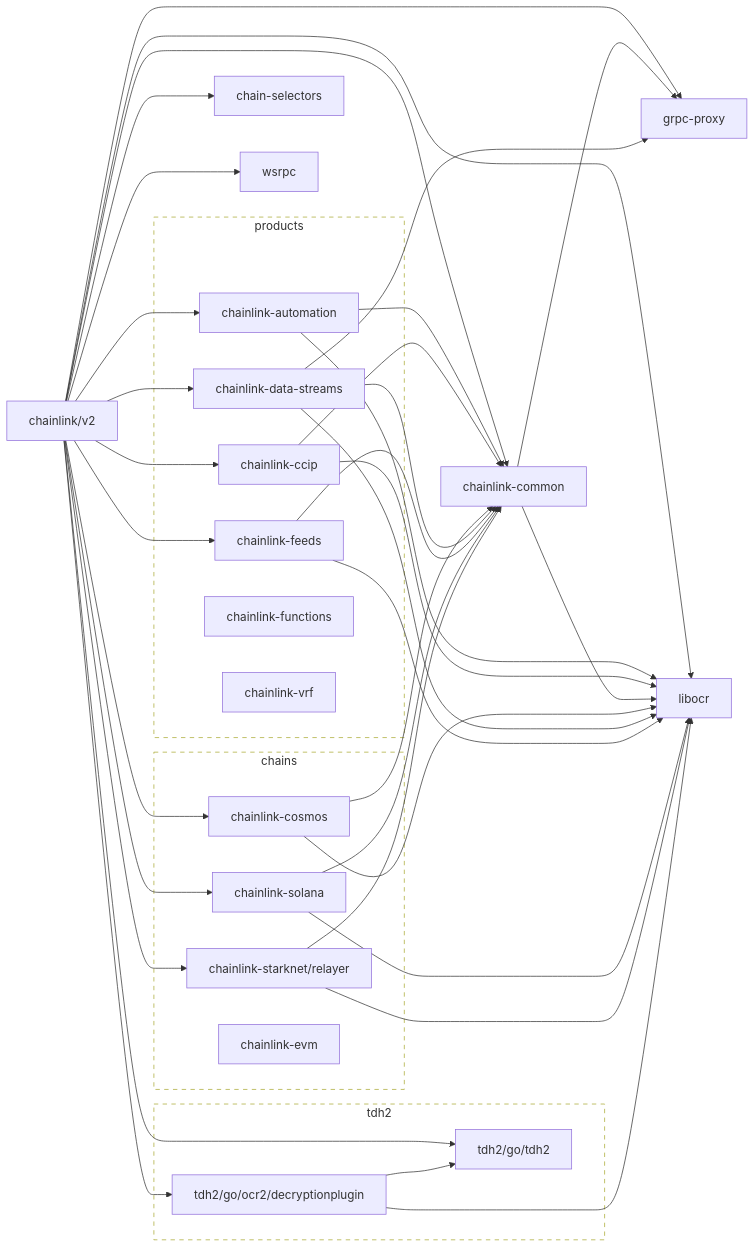
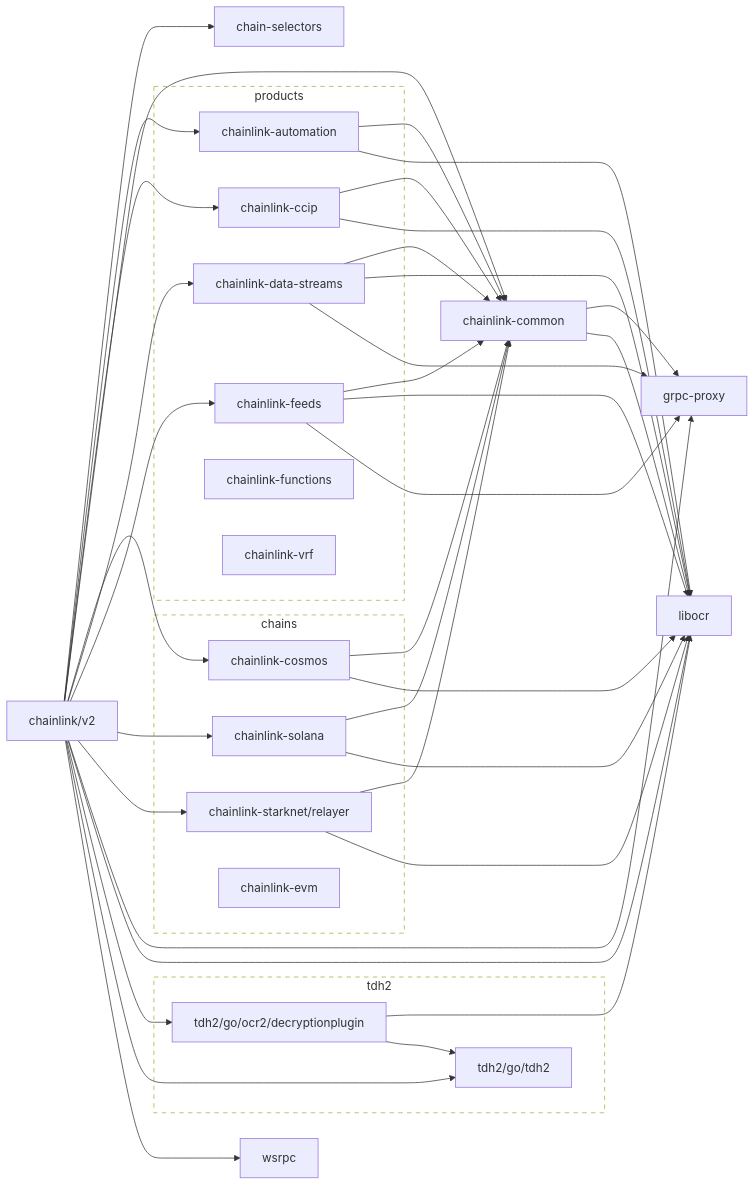
The diagram in go.md (smartcontractkit/chainlink), drawn with Mermaid before and after one commit. The commit also changed 31 other files, not shown here.

````diff
--- a/go.md
+++ b/go.md
@@ -2,74 +2,75 @@
 ```mermaid
 flowchart LR
   subgraph chains
     chainlink-cosmos
     chainlink-solana
     chainlink-starknet/relayer
     chainlink-evm
   end
 
   subgraph products
     chainlink-automation
     chainlink-ccip
     chainlink-data-streams
     chainlink-feeds
     chainlink-functions
     chainlink-vrf
   end
 
   subgraph tdh2
     tdh2/go/tdh2
     tdh2/go/ocr2/decryptionplugin
   end
 
   classDef outline stroke-dasharray:6,fill:none;
   class chains,products,tdh2 outline
 
   chainlink/v2 --> chain-selectors
   click chain-selectors href "https://github.com/smartcontractkit/chain-selectors"
   chainlink/v2 --> chainlink-automation
   click chainlink-automation href "https://github.com/smartcontractkit/chainlink-automation"
   chainlink/v2 --> chainlink-ccip
   click chainlink-ccip href "https://github.com/smartcontractkit/chainlink-ccip"
   chainlink/v2 --> chainlink-common
   click chainlink-common href "https://github.com/smartcontractkit/chainlink-common"
   chainlink/v2 --> chainlink-cosmos
   click chainlink-cosmos href "https://github.com/smartcontractkit/chainlink-cosmos"
   chainlink/v2 --> chainlink-data-streams
   click chainlink-data-streams href "https://github.com/smartcontractkit/chainlink-data-streams"
   chainlink/v2 --> chainlink-feeds
   click chainlink-feeds href "https://github.com/smartcontractkit/chainlink-feeds"
   chainlink/v2 --> chainlink-solana
   click chainlink-solana href "https://github.com/smartcontractkit/chainlink-solana"
   chainlink/v2 --> chainlink-starknet/relayer
   click chainlink-starknet/relayer href "https://github.com/smartcontractkit/chainlink-starknet"
   chainlink/v2 --> grpc-proxy
   click grpc-proxy href "https://github.com/smartcontractkit/grpc-proxy"
   chainlink/v2 --> libocr
   click libocr href "https://github.com/smartcontractkit/libocr"
   chainlink/v2 --> tdh2/go/ocr2/decryptionplugin
   click tdh2/go/ocr2/decryptionplugin href "https://github.com/smartcontractkit/tdh2"
   chainlink/v2 --> tdh2/go/tdh2
   click tdh2/go/tdh2 href "https://github.com/smartcontractkit/tdh2"
   chainlink/v2 --> wsrpc
   click wsrpc href "https://github.com/smartcontractkit/wsrpc"
   chainlink-automation --> chainlink-common
   chainlink-automation --> libocr
   chainlink-ccip --> chainlink-common
   chainlink-ccip --> libocr
   chainlink-common --> grpc-proxy
   chainlink-common --> libocr
   chainlink-cosmos --> chainlink-common
   chainlink-cosmos --> libocr
   chainlink-data-streams --> chainlink-common
   chainlink-data-streams --> libocr
   chainlink-data-streams --> grpc-proxy
   chainlink-feeds --> chainlink-common
   chainlink-feeds --> libocr
+  chainlink-feeds --> grpc-proxy
   chainlink-solana --> chainlink-common
   chainlink-solana --> libocr
   chainlink-starknet/relayer --> chainlink-common
   chainlink-starknet/relayer --> libocr
   tdh2/go/ocr2/decryptionplugin --> libocr
   tdh2/go/ocr2/decryptionplugin --> tdh2/go/tdh2
 ```
````
